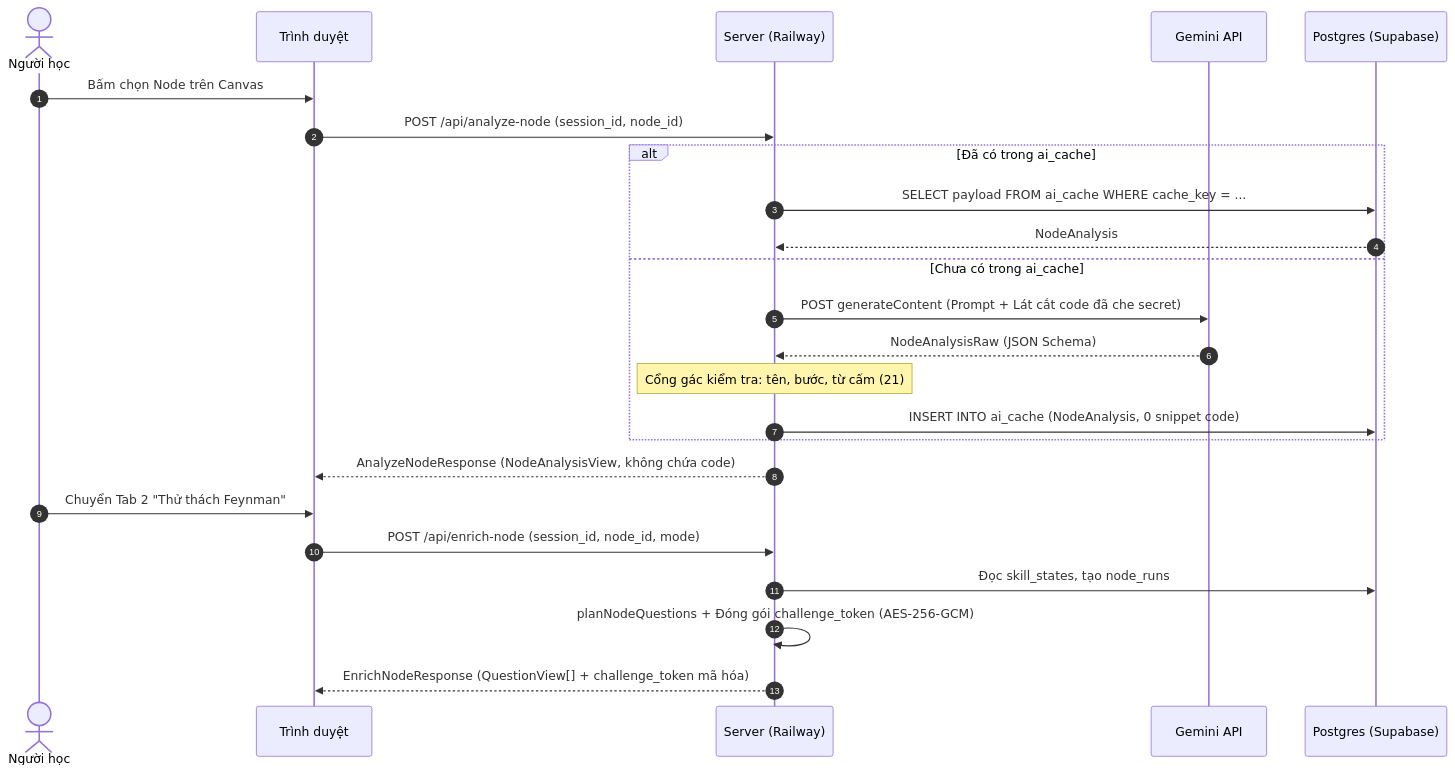
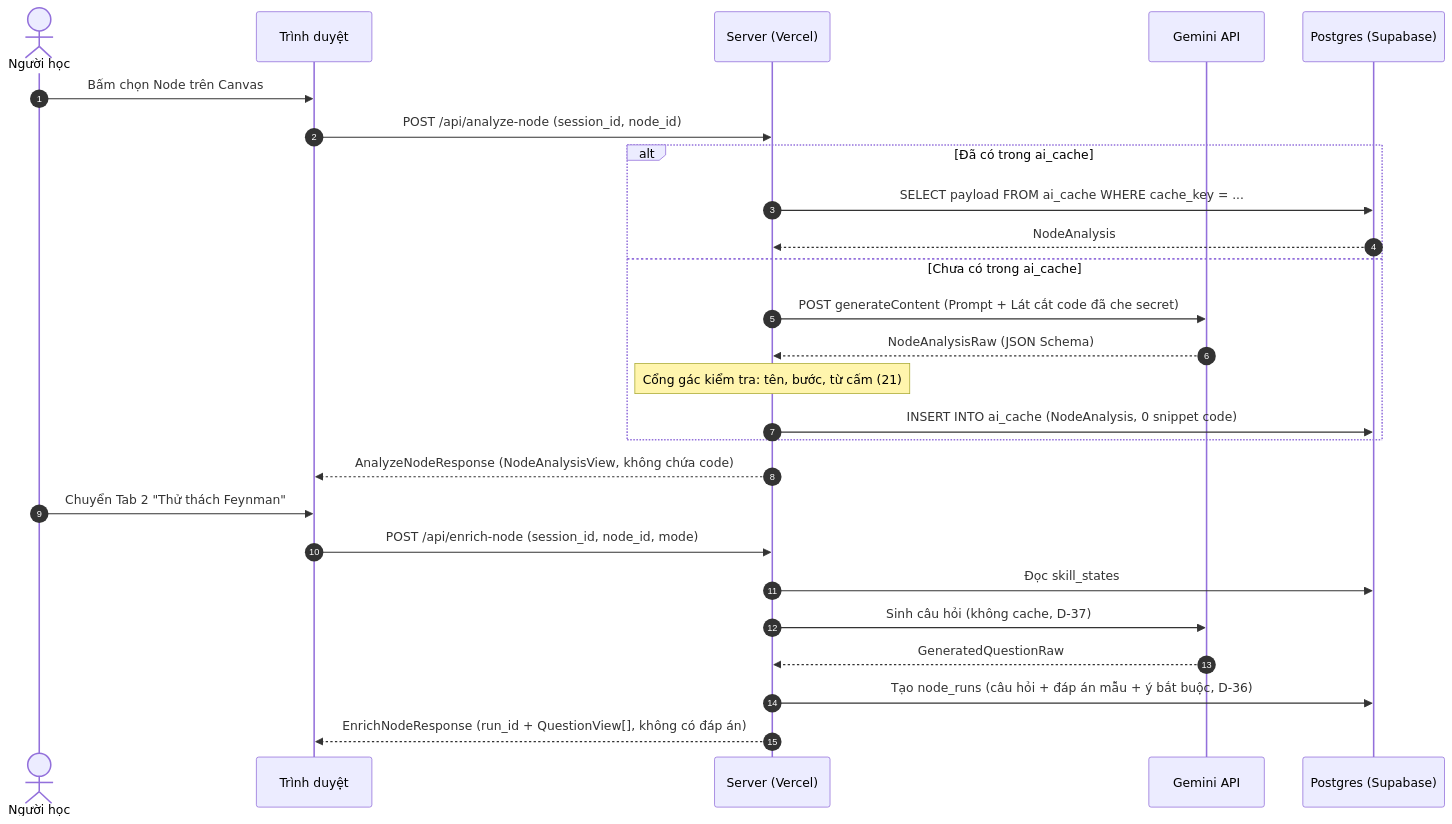
Before and after one commit to huynhthanhnhannnh-pixel/Hackathon_SGU: the fifth of 6 diagrams in spec/04_KIEN_TRUC_TRIEN_KHAI.md, drawn with Mermaid. The commit also changed other lines of this file and 10 other files, not shown here.

````diff
--- a/spec/04_KIEN_TRUC_TRIEN_KHAI.md
+++ b/spec/04_KIEN_TRUC_TRIEN_KHAI.md
@@ -159,28 +162,30 @@
 ```mermaid
 sequenceDiagram
     autonumber
     actor U as Người học
     participant FE as Trình duyệt
-    participant BE as Server (Railway)
+    participant BE as Server (Vercel)
     participant AI as Gemini API
     participant DB as Postgres (Supabase)
 
     U->>FE: Bấm chọn Node trên Canvas
     FE->>BE: POST /api/analyze-node (session_id, node_id)
     alt Đã có trong ai_cache
         BE->>DB: SELECT payload FROM ai_cache WHERE cache_key = ...
         DB-->>BE: NodeAnalysis
     else Chưa có trong ai_cache
         BE->>AI: POST generateContent (Prompt + Lát cắt code đã che secret)
         AI-->>BE: NodeAnalysisRaw (JSON Schema)
         Note over BE: Cổng gác kiểm tra: tên, bước, từ cấm (21)
         BE->>DB: INSERT INTO ai_cache (NodeAnalysis, 0 snippet code)
     end
     BE-->>FE: AnalyzeNodeResponse (NodeAnalysisView, không chứa code)
 
     U->>FE: Chuyển Tab 2 "Thử thách Feynman"
     FE->>BE: POST /api/enrich-node (session_id, node_id, mode)
-    BE->>DB: Đọc skill_states, tạo node_runs
-    BE->>BE: planNodeQuestions + Đóng gói challenge_token (AES-256-GCM)
-    BE-->>FE: EnrichNodeResponse (QuestionView[] + challenge_token mã hóa)
+    BE->>DB: Đọc skill_states
+    BE->>AI: Sinh câu hỏi (không cache, D-37)
+    AI-->>BE: GeneratedQuestionRaw
+    BE->>DB: Tạo node_runs (câu hỏi + đáp án mẫu + ý bắt buộc, D-36)
+    BE-->>FE: EnrichNodeResponse (run_id + QuestionView[], không có đáp án)
 ```
````
